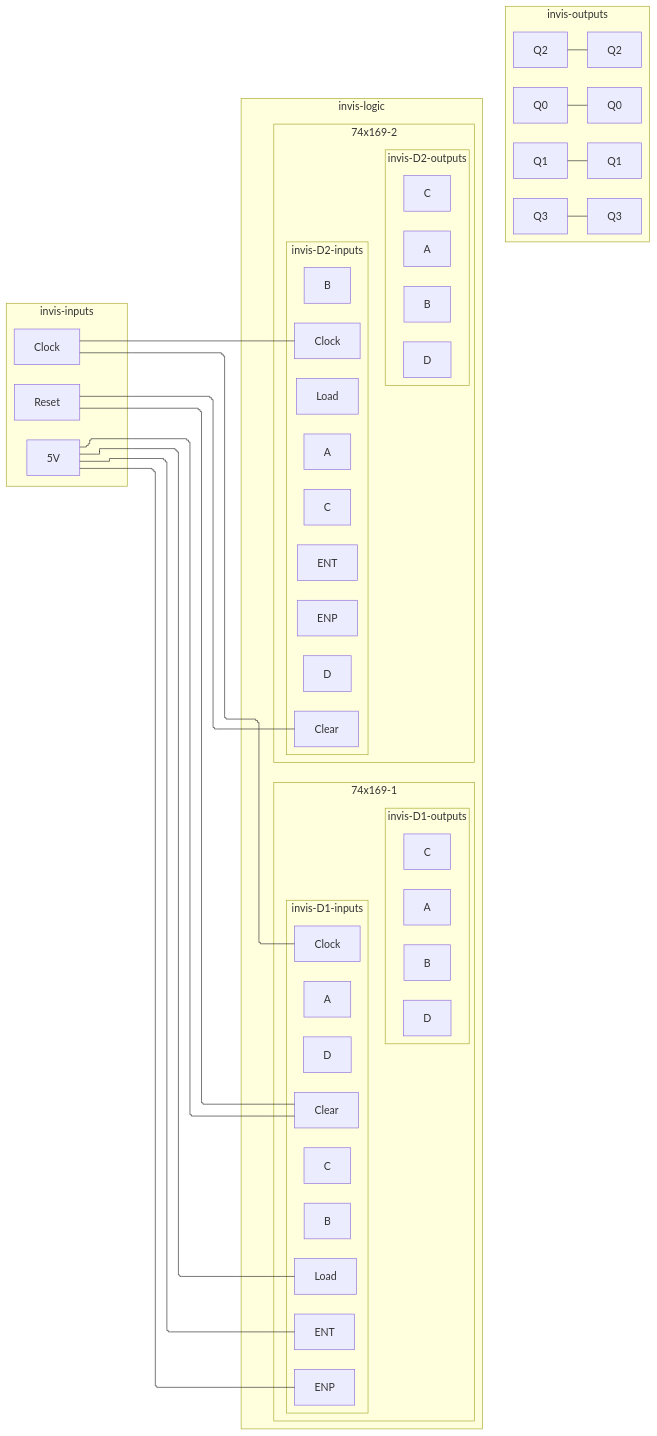
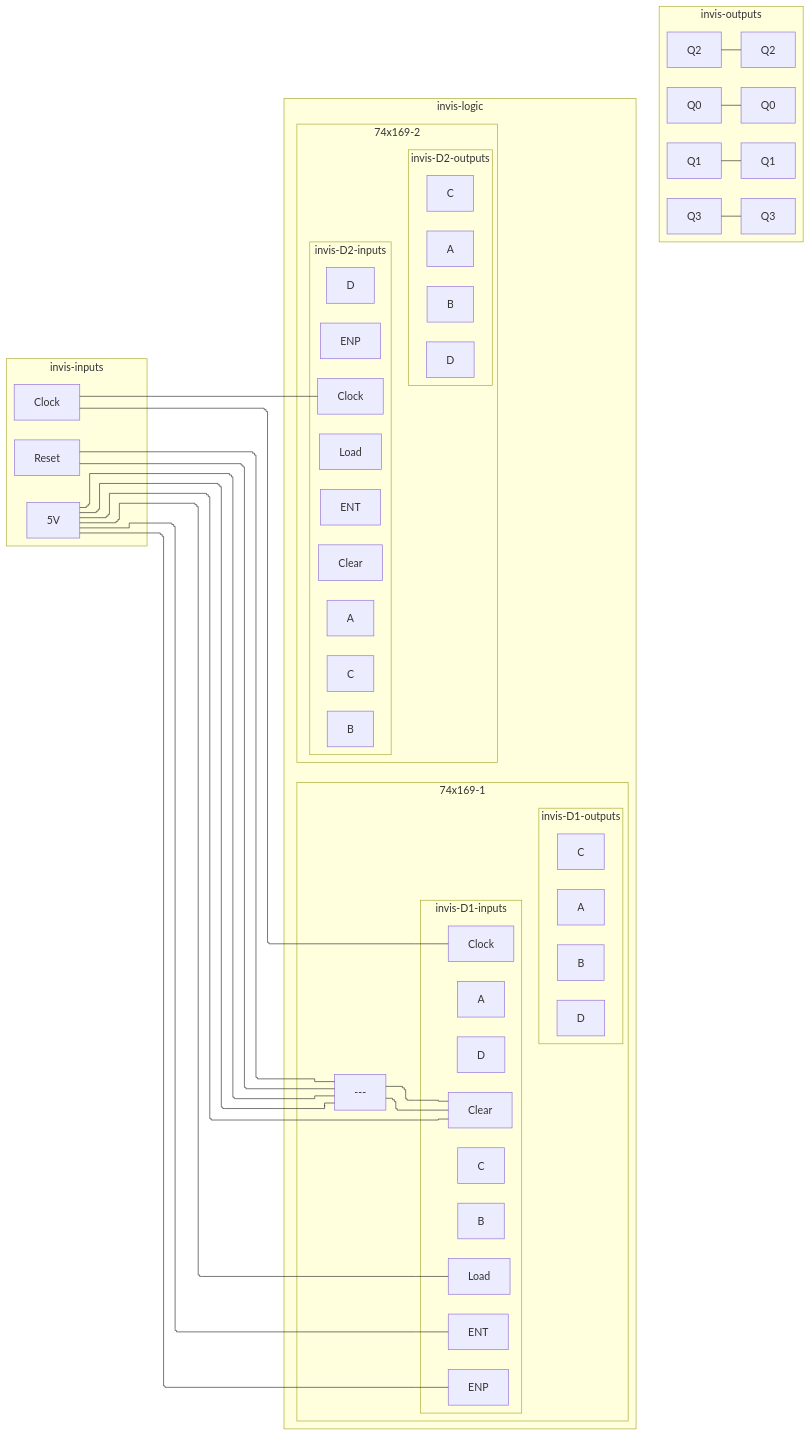
One commit to tnichols217/notes changed the seventh of 7 diagrams in CSDS 281 - Logic Design/HW/8/Tables.md. Above: the diagram before and after it, drawn with Mermaid.

Commit message:
vault backup: 2024-04-05 01:32:51

````diff
--- a/CSDS 281 - Logic Design/HW/8/Tables.md
+++ b/CSDS 281 - Logic Design/HW/8/Tables.md
@@ -327,63 +327,65 @@
 ```mermaid
 %%{ init: { 'flowchart': { 'curve': 'stepBefore', "defaultRenderer": "elk" } } }%%
 flowchart LR
 subgraph invis-inputs
 	Clock
 	5V
 	Reset
 end
 subgraph invis-logic
 	subgraph 74x169-1
 		subgraph invis-D1-inputs
 			D1c[Clock]
 			D1CLR[Clear]
 			D1LD[Load]
 			D1ENP[ENP]
 			D1ENT[ENT]
 			D1A[A]
 			D1B[B]
 			D1C[C]
 			D1D[D]
 		end
 		Clock --- D1c
-		Reset --- D1CLR
+		Reset & 5V --- xor1[---]
+		xor1 --- D1CLR
 		subgraph invis-D1-outputs
 			Q1A[A]
 			Q1B[B]
 			Q1C[C]
 			Q1D[D]
 		end
 		invis-D1-inputs ~~~ invis-D1-outputs
 	end
 	subgraph 74x169-2
 		subgraph invis-D2-inputs
 			D2c[Clock]
 			D2CLR[Clear]
 			D2LD[Load]
 			D2ENP[ENP]
 			D2ENT[ENT]
 			D2A[A]
 			D2B[B]
 			D2C[C]
 			D2D[D]
 		end
 		Clock --- D2c
-		Reset --- D2CLR
+		Reset & 5V --- xor1[---]
+		xor1 --- D1CLR
 		subgraph invis-D2-outputs
 			Q2A[A]
 			Q2B[B]
 			Q2C[C]
 			Q2D[D]
 		end
 		invis-D2-inputs ~~~ invis-D2-outputs
 	end
 	5V --- D1LD & D1ENP & D1ENT & D1CLR
 end
 subgraph invis-outputs
 	Q0 --- Q0O[Q0]
 	Q1 --- Q1O[Q1]
 	Q2 --- Q2O[Q2]
 	Q3 --- Q3O[Q3]
 end
 invis-inputs ~~~ invis-logic ~~~ invis-outputs
 ```
````
